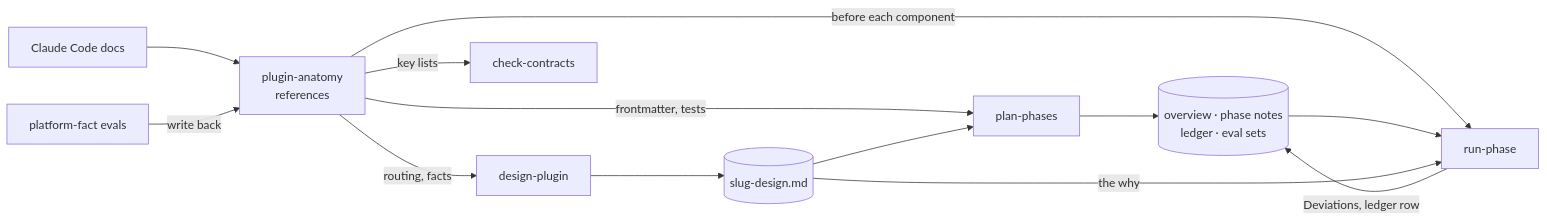
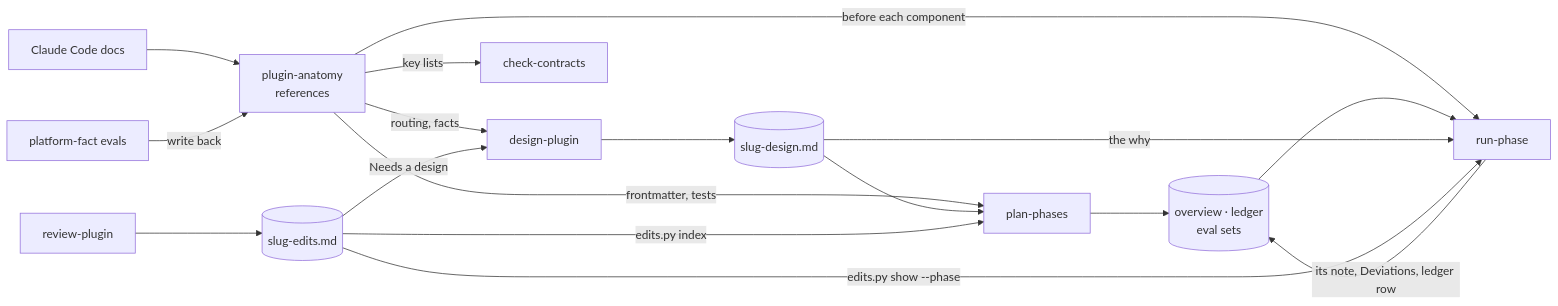
One commit to cott435/cott-plugins changed the first of 2 diagrams in plugin-dev/site/flow.md. Above: the diagram before and after it, drawn with Mermaid. The commit also changed other lines of this file and 49 other files, not shown here.

````diff
--- a/plugin-dev/site/flow.md
+++ b/plugin-dev/site/flow.md
@@ -22,15 +23,19 @@
 ```mermaid
 flowchart LR
   docs["Claude Code docs"] --> PA["plugin-anatomy<br/>references"]
   PF["platform-fact evals"] -- "write back" --> PA
   PA -- "routing, facts" --> DP["design-plugin"]
   PA -- "frontmatter, tests" --> PP["plan-phases"]
   PA -- "before each component" --> RP["run-phase"]
   PA -- "key lists" --> CC["check-contracts"]
   DP --> D[("slug-design.md")]
+  RV["review-plugin"] --> EL[("slug-edits.md")]
+  EL -- "Needs a design" --> DP
   D --> PP
-  PP --> N[("overview · phase notes<br/>ledger · eval sets")]
+  EL -- "edits.py index" --> PP
+  PP --> N[("overview · ledger<br/>eval sets")]
   N --> RP
   D -- "the why" --> RP
-  RP -- "Deviations, ledger row" --> N
+  EL -- "edits.py show --phase" --> RP
+  RP -- "its note, Deviations, ledger row" --> N
 ```
````
